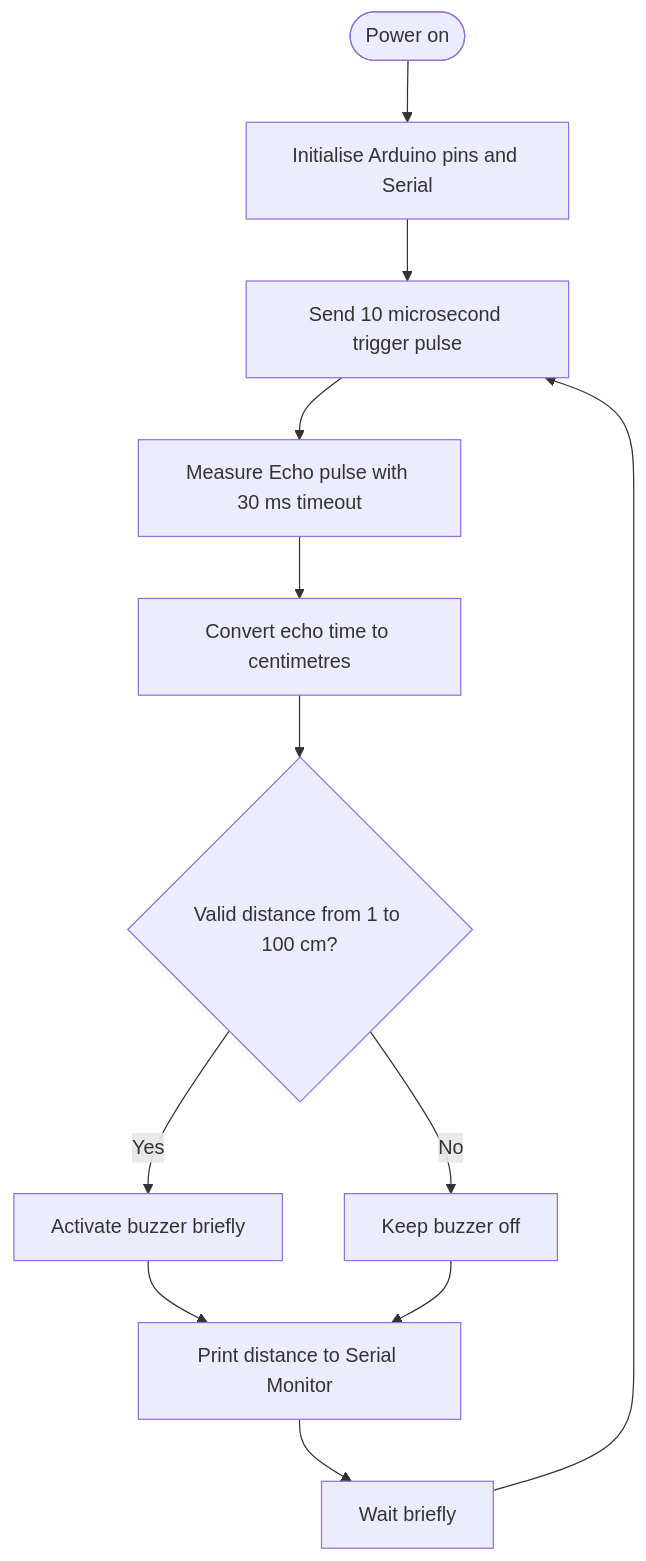
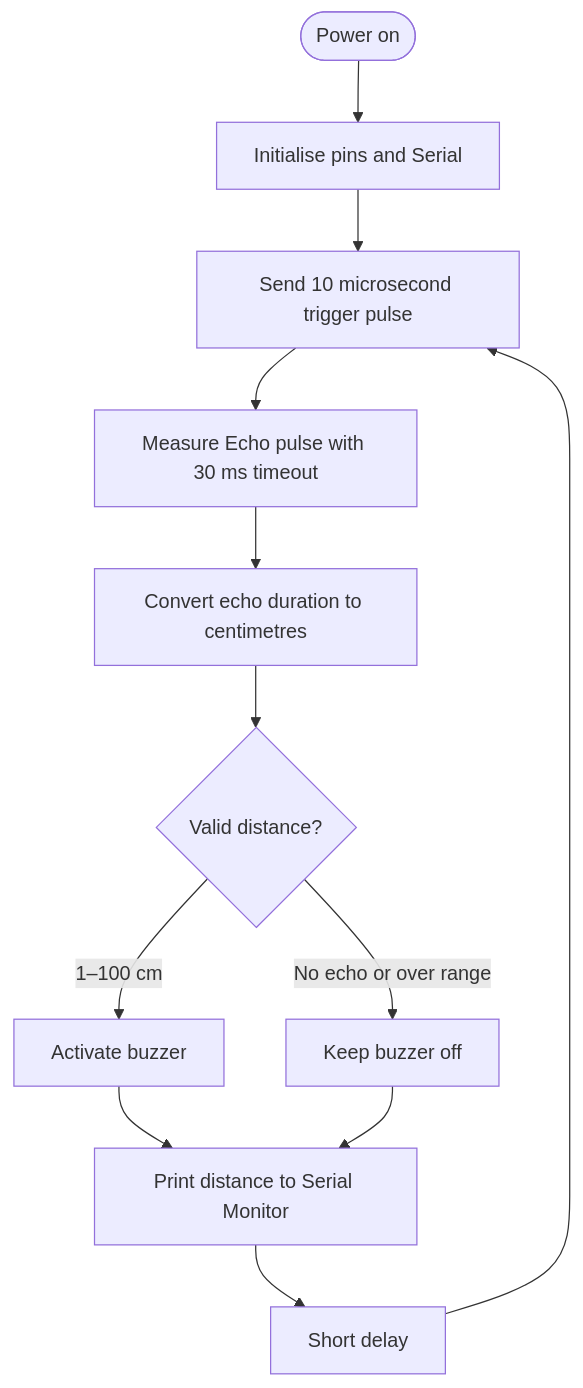
One commit to Supriyo016/Arduino-Uno-Third-Hand-Eye-Project-for-Visually-Impaired-Individuals changed the diagram in README.md. Above: the diagram before and after it, drawn with Mermaid. The commit also changed other lines of this file, not shown here.

````diff
--- a/README.md
+++ b/README.md
@@ -79,14 +67,14 @@
 ```mermaid
 flowchart TD
-    A([Power on]) --> B[Initialise Arduino pins and Serial]
+    A([Power on]) --> B[Initialise pins and Serial]
     B --> C[Send 10 microsecond trigger pulse]
     C --> D[Measure Echo pulse with 30 ms timeout]
-    D --> E[Convert echo time to centimetres]
-    E --> F{Valid distance from 1 to 100 cm?}
-    F -- Yes --> G[Activate buzzer briefly]
-    F -- No --> H[Keep buzzer off]
+    D --> E[Convert echo duration to centimetres]
+    E --> F{Valid distance?}
+    F -- 1–100 cm --> G[Activate buzzer]
+    F -- No echo or over range --> H[Keep buzzer off]
     G --> I[Print distance to Serial Monitor]
     H --> I
-    I --> J[Wait briefly]
+    I --> J[Short delay]
     J --> C
 ```
````
